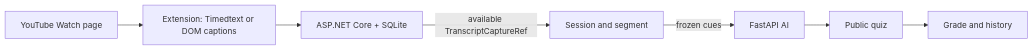
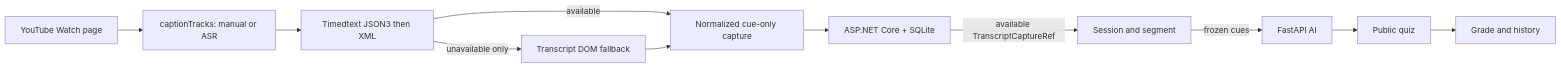
The diagram in docs/architecture/README.md (tungnguyen1208/StudylensAI), drawn with Mermaid before and after one commit. The commit also changed other lines of this file and 31 other files, not shown here.

````diff
--- a/docs/architecture/README.md
+++ b/docs/architecture/README.md
@@ -7,9 +7,13 @@
 ```mermaid
 flowchart LR
-  Y[YouTube Watch page] --> E[Extension: Timedtext or DOM captions]
+  Y[YouTube Watch page] --> T[captionTracks: manual or ASR]
+  T --> D[Timedtext JSON3 then XML]
+  D -->|unavailable only| R[Transcript DOM fallback]
+  D -->|available| E[Normalized cue-only capture]
+  R --> E
   E --> B[ASP.NET Core + SQLite]
   B -->|available TranscriptCaptureRef| S[Session and segment]
   S -->|frozen cues| A[FastAPI AI]
   A --> Q[Public quiz]
   Q --> H[Grade and history]
 ```
````
